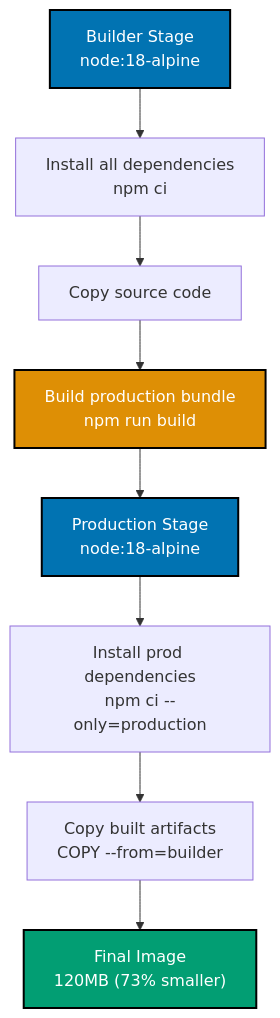
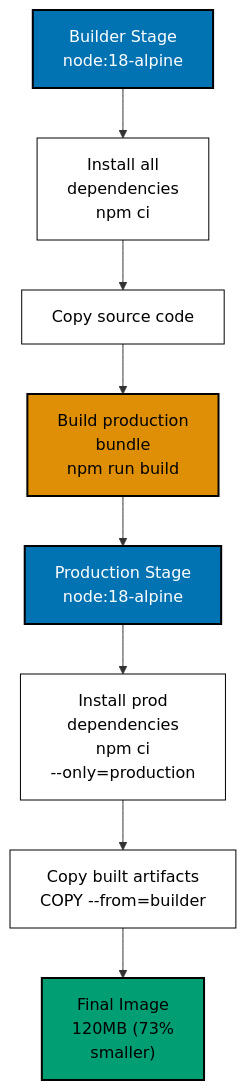
Before and after one commit to wahidyankf/ose-public: the first of 11 diagrams in apps/ayokoding-www/content/en/learn/legacy/software-engineering/infrastructure/tools/docker/by-example/intermediate.md, drawn with Mermaid. The commit also changed other lines of this file and 131 other files, not shown here.

First line of the commit message:
fix(mermaid): bring the legacy data, infrastructure, and testing diagrams onto the accessible palette

````diff
--- a/apps/ayokoding-www/content/en/learn/legacy/software-engineering/infrastructure/tools/docker/by-example/intermediate.md
+++ b/apps/ayokoding-www/content/en/learn/legacy/software-engineering/infrastructure/tools/docker/by-example/intermediate.md
@@ -20,17 +20,23 @@
 ```mermaid
 %% Color Palette: Blue #0173B2, Orange #DE8F05, Teal #029E73, Purple #CC78BC, Brown #CA9161
 %% Multi-stage build flow
 graph TD
- A["Builder Stage<br/>node:18-alpine"] --> B["Install all dependencies<br/>npm ci"]
+ accTitle: Example 28: Multi-Stage Build Basics
+ accDescr: Graph with 10 nodes and 9 connections. Nodes: Builder Stage node:18-alpine, Install all dependencies npm ci, Copy source code, Build production bundle npm run build, Production Stage node:18-alpine, F, nly, G, from, Final Image 120MB 4073 smaller41. Connections: Builder Stage node:18-alpine to Install all dependencies npm ci, Install all dependencies npm ci to Copy source code, Copy source code to Build production bundle npm run build, Build production bundle npm run build to Production Stage node:18-alpine, Production Stage node:18-alpine to F, F to nly, F to G, G to from, G to Final Image 120MB 4073 smaller41.
+ A["Builder Stage<br/>node:18-alpine"] --> B["Install all<br/>dependencies<br/>npm ci"]
  B --> C["Copy source code"]
- C --> D["Build production bundle<br/>npm run build"]
+ C --> D["Build production<br/>bundle<br/>npm run build"]
  D --> E["Production Stage<br/>node:18-alpine"]
- E --> F["Install prod dependencies<br/>npm ci --only=production"]
+ E --> F["Install prod<br/>dependencies<br/>npm ci<br/>--only=production"]
  F --> G["Copy built artifacts<br/>COPY --from=builder"]
- G --> H["Final Image<br/>120MB #40;73% smaller#41;"]
+ G --> H["Final Image<br/>120MB #40;73%<br/>smaller#41;"]
 
- style A fill:#0173B2,stroke:#000000,stroke-width:2px,color:#fff
- style D fill:#DE8F05,stroke:#000000,stroke-width:2px,color:#fff
- style E fill:#0173B2,stroke:#000000,stroke-width:2px,color:#fff
- style H fill:#029E73,stroke:#000000,stroke-width:2px,color:#fff
+ classDef pal-0173B2 fill:#0173B2,stroke:#000000,color:#FFFFFF,stroke-width:2px
+ class A pal-0173B2
+ classDef pal-DE8F05 fill:#DE8F05,stroke:#000000,color:#000000,stroke-width:2px
+ class D pal-DE8F05
+ class E pal-0173B2
+ classDef pal-029E73 fill:#029E73,stroke:#000000,color:#000000,stroke-width:2px
+ class H pal-029E73
+ classDef default fill:#FFFFFF,stroke:#000000,color:#000000
 ```
````
